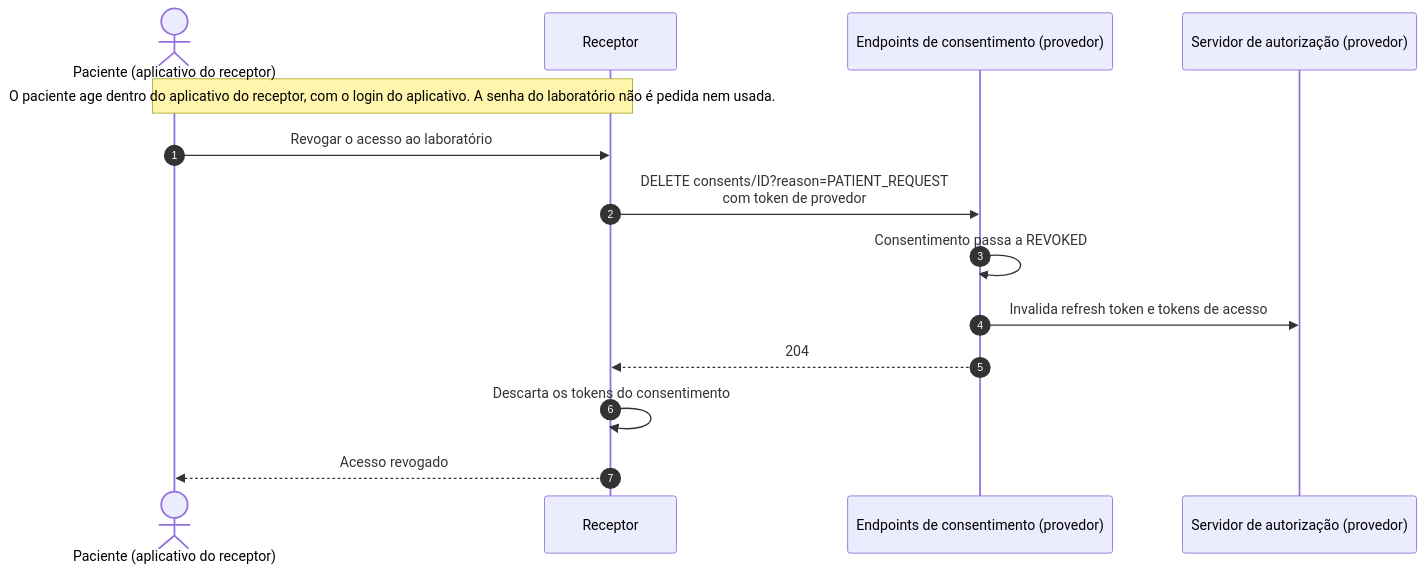
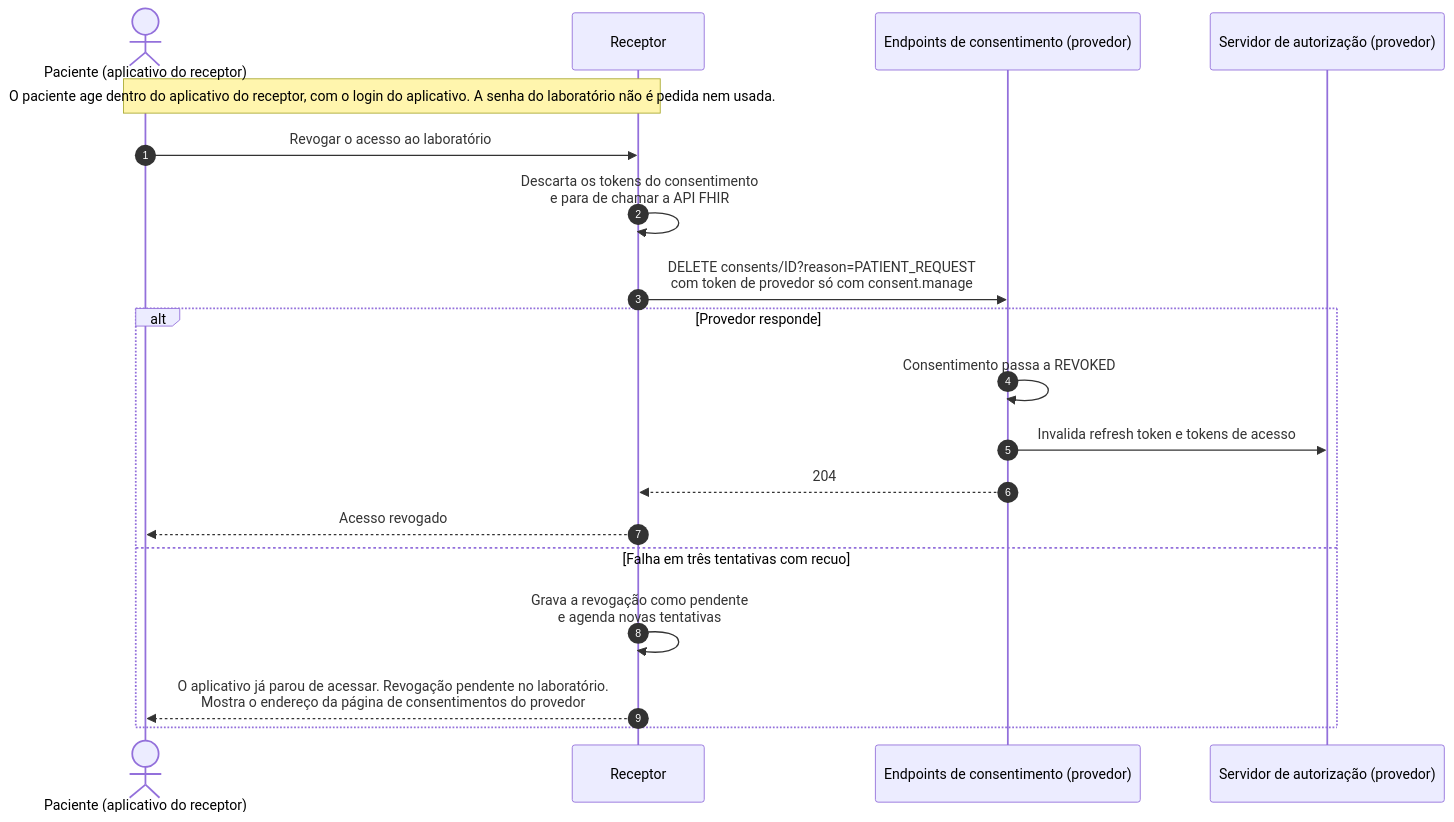
One commit to Precisa-Saude/open-labs-brasil changed the sixth of 8 diagrams in especificacao/02-fluxos.md. Above: the diagram before and after it, drawn with Mermaid. The commit also changed other lines of this file and 15 other files, not shown here.

````diff
--- a/especificacao/02-fluxos.md
+++ b/especificacao/02-fluxos.md
@@ -242,16 +249,21 @@
 ```mermaid
 sequenceDiagram
     autonumber
     actor P as Paciente (aplicativo do receptor)
     participant R as Receptor
     participant RS as Endpoints de consentimento (provedor)
     participant AS as Servidor de autorização (provedor)
     Note over P,R: O paciente age dentro do aplicativo do receptor, com o login do aplicativo. A senha do laboratório não é pedida nem usada.
     P->>R: Revogar o acesso ao laboratório
-    R->>RS: DELETE consents/ID?reason=PATIENT_REQUEST<br/>com token de provedor
+    R->>R: Descarta os tokens do consentimento<br/>e para de chamar a API FHIR
+    R->>RS: DELETE consents/ID?reason=PATIENT_REQUEST<br/>com token de provedor só com consent.manage
+    alt Provedor responde
     RS->>RS: Consentimento passa a REVOKED
     RS->>AS: Invalida refresh token e tokens de acesso
     RS-->>R: 204
-    R->>R: Descarta os tokens do consentimento
     R-->>P: Acesso revogado
+    else Falha em três tentativas com recuo
+    R->>R: Grava a revogação como pendente<br/>e agenda novas tentativas
+    R-->>P: O aplicativo já parou de acessar. Revogação pendente no laboratório.<br/>Mostra o endereço da página de consentimentos do provedor
+    end
 ```
````
